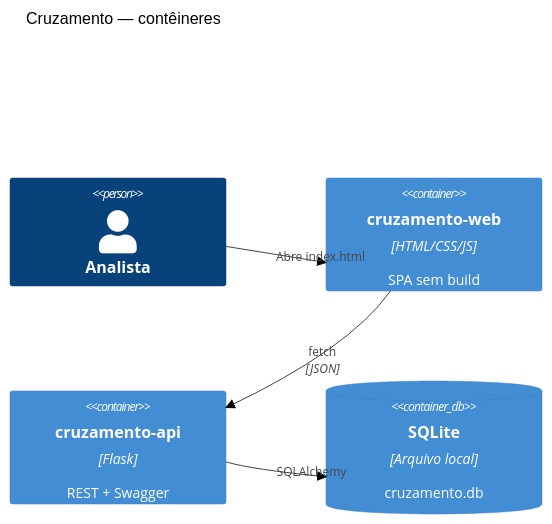
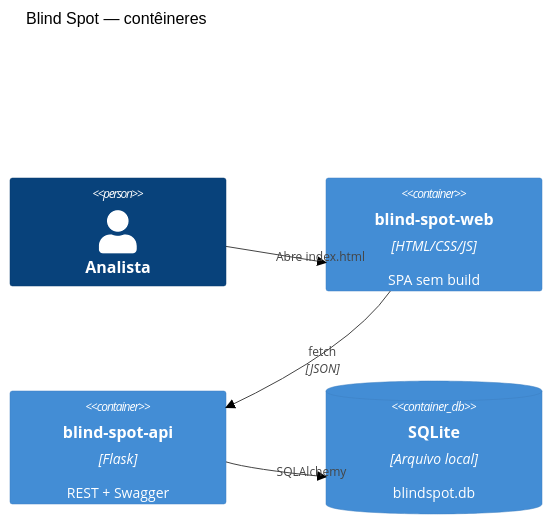
One commit to Rafael-Farsura/blind-spot changed the second of 3 diagrams in docs/03-arquitetura.md. Above: the diagram before and after it, drawn with Mermaid (neutral theme). The commit also changed other lines of this file and 14 other files, not shown here.

First line of the commit message:
docs: renomeia produto para Blind Spot

````diff
--- a/docs/03-arquitetura.md
+++ b/docs/03-arquitetura.md
@@ -30,12 +30,12 @@
 ```mermaid
 C4Container
-    title Cruzamento — contêineres
+    title Blind Spot — contêineres
     Person(analista, "Analista")
-    Container(web, "cruzamento-web", "HTML/CSS/JS", "SPA sem build")
-    Container(api, "cruzamento-api", "Flask", "REST + Swagger")
-    ContainerDb(db, "SQLite", "Arquivo local", "cruzamento.db")
+    Container(web, "blind-spot-web", "HTML/CSS/JS", "SPA sem build")
+    Container(api, "blind-spot-api", "Flask", "REST + Swagger")
+    ContainerDb(db, "SQLite", "Arquivo local", "blindspot.db")
 
     Rel(analista, web, "Abre index.html")
     Rel(web, api, "fetch", "JSON")
     Rel(api, db, "SQLAlchemy")
 ```
````
